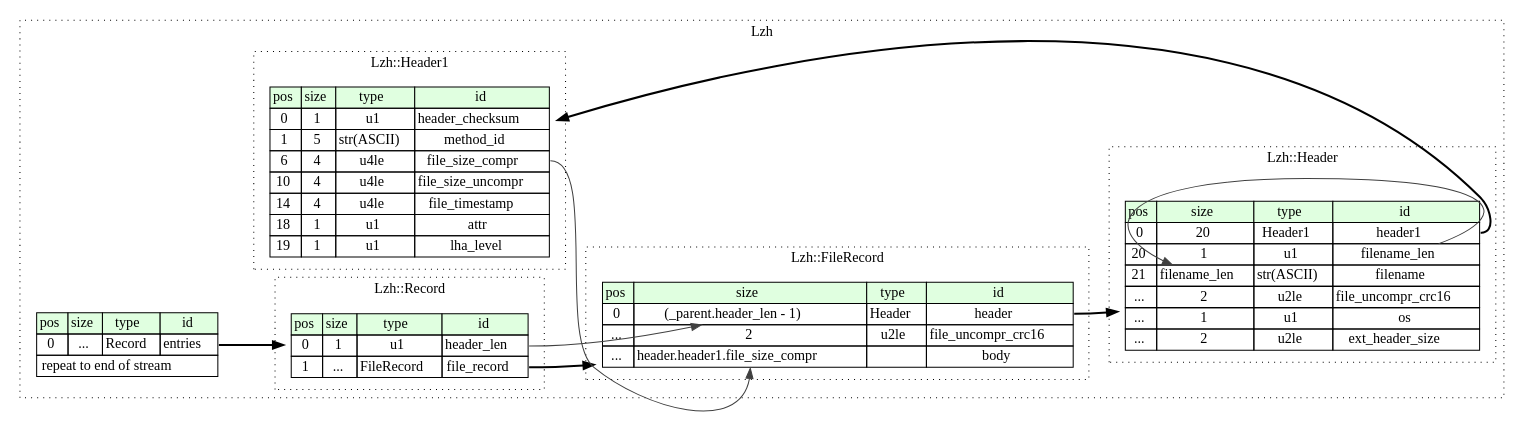
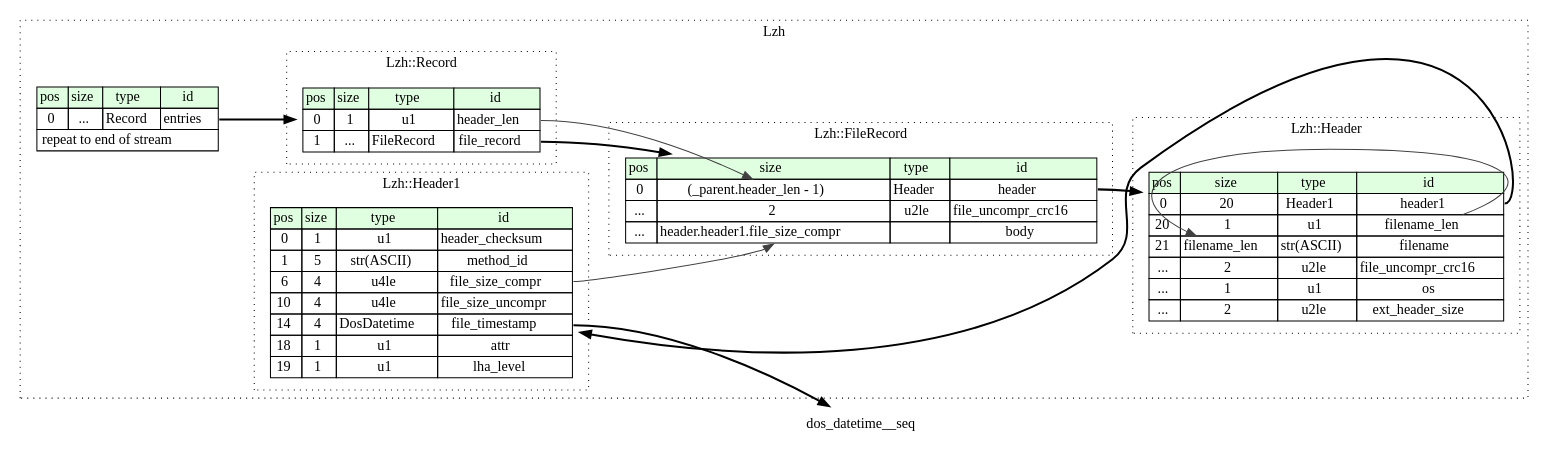
One commit to kaitai-io/formats-kaitai-io.github.io changed the diagram in lzh/src/graphviz/lzh.dot. Above: the diagram before and after it, drawn with Graphviz. The commit also changed 174 other files, not shown here.

```diff
--- a/lzh/src/graphviz/lzh.dot
+++ b/lzh/src/graphviz/lzh.dot
@@ -1,71 +1,72 @@
 digraph {
 	rankdir=LR;
 	node [shape=plaintext];
 	subgraph cluster__lzh {
 		label="Lzh";
 		graph[style=dotted];
 
 		lzh__seq [label=<<TABLE BORDER="0" CELLBORDER="1" CELLSPACING="0">
 			<TR><TD BGCOLOR="#E0FFE0">pos</TD><TD BGCOLOR="#E0FFE0">size</TD><TD BGCOLOR="#E0FFE0">type</TD><TD BGCOLOR="#E0FFE0">id</TD></TR>
 			<TR><TD PORT="entries_pos">0</TD><TD PORT="entries_size">...</TD><TD>Record</TD><TD PORT="entries_type">entries</TD></TR>
 			<TR><TD COLSPAN="4" PORT="entries__repeat">repeat to end of stream</TD></TR>
 		</TABLE>>];
 		subgraph cluster__record {
 			label="Lzh::Record";
 			graph[style=dotted];
 
 			record__seq [label=<<TABLE BORDER="0" CELLBORDER="1" CELLSPACING="0">
 				<TR><TD BGCOLOR="#E0FFE0">pos</TD><TD BGCOLOR="#E0FFE0">size</TD><TD BGCOLOR="#E0FFE0">type</TD><TD BGCOLOR="#E0FFE0">id</TD></TR>
 				<TR><TD PORT="header_len_pos">0</TD><TD PORT="header_len_size">1</TD><TD>u1</TD><TD PORT="header_len_type">header_len</TD></TR>
 				<TR><TD PORT="file_record_pos">1</TD><TD PORT="file_record_size">...</TD><TD>FileRecord</TD><TD PORT="file_record_type">file_record</TD></TR>
 			</TABLE>>];
 		}
 		subgraph cluster__file_record {
 			label="Lzh::FileRecord";
 			graph[style=dotted];
 
 			file_record__seq [label=<<TABLE BORDER="0" CELLBORDER="1" CELLSPACING="0">
 				<TR><TD BGCOLOR="#E0FFE0">pos</TD><TD BGCOLOR="#E0FFE0">size</TD><TD BGCOLOR="#E0FFE0">type</TD><TD BGCOLOR="#E0FFE0">id</TD></TR>
 				<TR><TD PORT="header_pos">0</TD><TD PORT="header_size">(_parent.header_len - 1)</TD><TD>Header</TD><TD PORT="header_type">header</TD></TR>
 				<TR><TD PORT="file_uncompr_crc16_pos">...</TD><TD PORT="file_uncompr_crc16_size">2</TD><TD>u2le</TD><TD PORT="file_uncompr_crc16_type">file_uncompr_crc16</TD></TR>
 				<TR><TD PORT="body_pos">...</TD><TD PORT="body_size">header.header1.file_size_compr</TD><TD></TD><TD PORT="body_type">body</TD></TR>
 			</TABLE>>];
 		}
 		subgraph cluster__header {
 			label="Lzh::Header";
 			graph[style=dotted];
 
 			header__seq [label=<<TABLE BORDER="0" CELLBORDER="1" CELLSPACING="0">
 				<TR><TD BGCOLOR="#E0FFE0">pos</TD><TD BGCOLOR="#E0FFE0">size</TD><TD BGCOLOR="#E0FFE0">type</TD><TD BGCOLOR="#E0FFE0">id</TD></TR>
 				<TR><TD PORT="header1_pos">0</TD><TD PORT="header1_size">20</TD><TD>Header1</TD><TD PORT="header1_type">header1</TD></TR>
 				<TR><TD PORT="filename_len_pos">20</TD><TD PORT="filename_len_size">1</TD><TD>u1</TD><TD PORT="filename_len_type">filename_len</TD></TR>
 				<TR><TD PORT="filename_pos">21</TD><TD PORT="filename_size">filename_len</TD><TD>str(ASCII)</TD><TD PORT="filename_type">filename</TD></TR>
 				<TR><TD PORT="file_uncompr_crc16_pos">...</TD><TD PORT="file_uncompr_crc16_size">2</TD><TD>u2le</TD><TD PORT="file_uncompr_crc16_type">file_uncompr_crc16</TD></TR>
 				<TR><TD PORT="os_pos">...</TD><TD PORT="os_size">1</TD><TD>u1</TD><TD PORT="os_type">os</TD></TR>
 				<TR><TD PORT="ext_header_size_pos">...</TD><TD PORT="ext_header_size_size">2</TD><TD>u2le</TD><TD PORT="ext_header_size_type">ext_header_size</TD></TR>
 			</TABLE>>];
 		}
 		subgraph cluster__header1 {
 			label="Lzh::Header1";
 			graph[style=dotted];
 
 			header1__seq [label=<<TABLE BORDER="0" CELLBORDER="1" CELLSPACING="0">
 				<TR><TD BGCOLOR="#E0FFE0">pos</TD><TD BGCOLOR="#E0FFE0">size</TD><TD BGCOLOR="#E0FFE0">type</TD><TD BGCOLOR="#E0FFE0">id</TD></TR>
 				<TR><TD PORT="header_checksum_pos">0</TD><TD PORT="header_checksum_size">1</TD><TD>u1</TD><TD PORT="header_checksum_type">header_checksum</TD></TR>
 				<TR><TD PORT="method_id_pos">1</TD><TD PORT="method_id_size">5</TD><TD>str(ASCII)</TD><TD PORT="method_id_type">method_id</TD></TR>
 				<TR><TD PORT="file_size_compr_pos">6</TD><TD PORT="file_size_compr_size">4</TD><TD>u4le</TD><TD PORT="file_size_compr_type">file_size_compr</TD></TR>
 				<TR><TD PORT="file_size_uncompr_pos">10</TD><TD PORT="file_size_uncompr_size">4</TD><TD>u4le</TD><TD PORT="file_size_uncompr_type">file_size_uncompr</TD></TR>
-				<TR><TD PORT="file_timestamp_pos">14</TD><TD PORT="file_timestamp_size">4</TD><TD>u4le</TD><TD PORT="file_timestamp_type">file_timestamp</TD></TR>
+				<TR><TD PORT="file_timestamp_pos">14</TD><TD PORT="file_timestamp_size">4</TD><TD>DosDatetime</TD><TD PORT="file_timestamp_type">file_timestamp</TD></TR>
 				<TR><TD PORT="attr_pos">18</TD><TD PORT="attr_size">1</TD><TD>u1</TD><TD PORT="attr_type">attr</TD></TR>
 				<TR><TD PORT="lha_level_pos">19</TD><TD PORT="lha_level_size">1</TD><TD>u1</TD><TD PORT="lha_level_type">lha_level</TD></TR>
 			</TABLE>>];
 		}
 	}
 	lzh__seq:entries_type -> record__seq [style=bold];
 	record__seq:file_record_type -> file_record__seq [style=bold];
 	record__seq:header_len_type -> file_record__seq:header_size [color="#404040"];
 	file_record__seq:header_type -> header__seq [style=bold];
 	header1__seq:file_size_compr_type -> file_record__seq:body_size [color="#404040"];
 	header__seq:header1_type -> header1__seq [style=bold];
 	header__seq:filename_len_type -> header__seq:filename_size [color="#404040"];
+	header1__seq:file_timestamp_type -> dos_datetime__seq [style=bold];
 }
```
